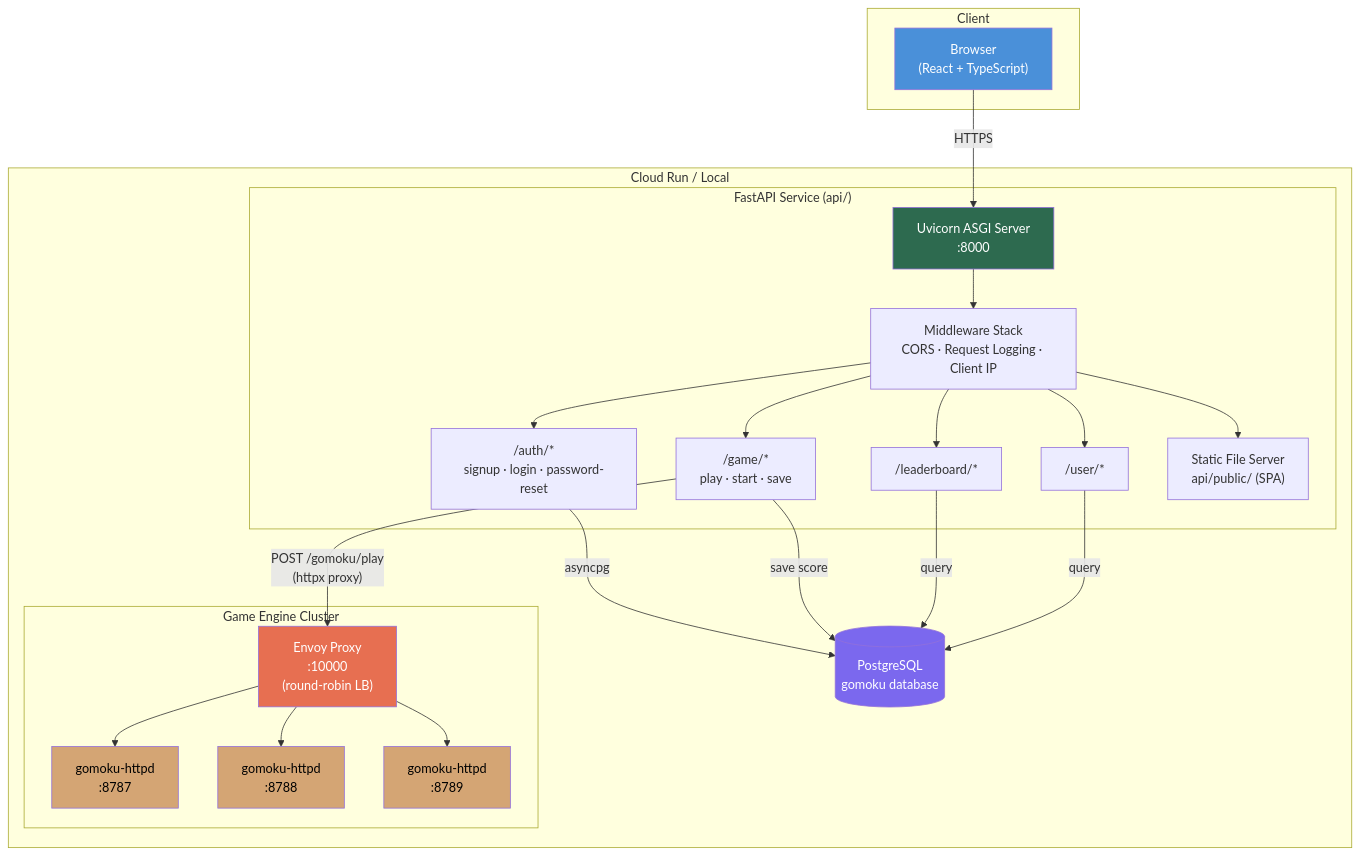
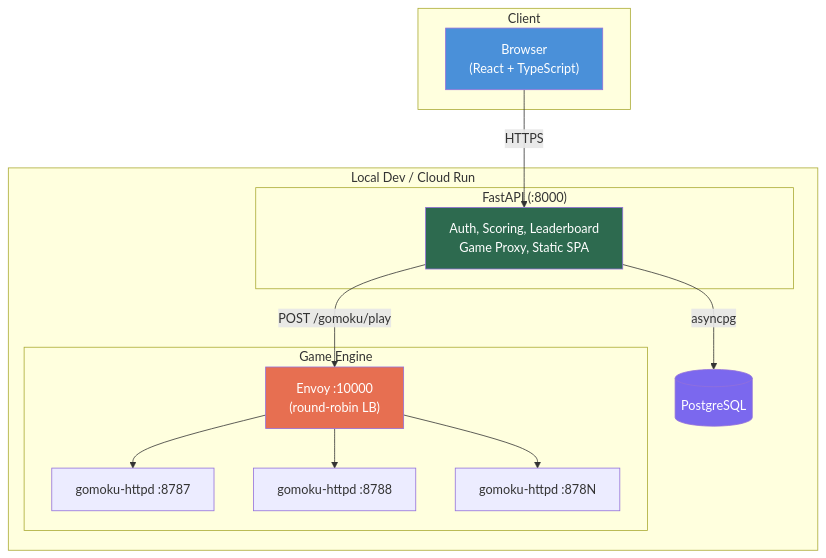
One commit to kigster/gomoku-ansi-c changed the diagram in README.md. Above: the diagram before and after it, drawn with Mermaid. The commit also changed other lines of this file and 13 other files, not shown here.

````diff
--- a/README.md
+++ b/README.md
@@ -236,46 +78,31 @@
 ```mermaid
 graph TB
     subgraph Client
         Browser["Browser<br/>(React + TypeScript)"]
     end
 
-    subgraph "Cloud Run / Local"
-        subgraph "FastAPI Service (api/)"
-            ASGI["Uvicorn ASGI Server<br/>:8000"]
-            MW["Middleware Stack<br/>CORS · Request Logging · Client IP"]
-            AuthRouter["/auth/*<br/>signup · login · password-reset"]
-            GameRouter["/game/*<br/>play · start · save"]
-            LeaderRouter["/leaderboard/*"]
-            UserRouter["/user/*"]
-            Static["Static File Server<br/>api/public/ (SPA)"]
+    subgraph "Local Dev / Cloud Run"
+        subgraph "FastAPI (:8000)"
+            API["Auth, Scoring, Leaderboard<br/>Game Proxy, Static SPA"]
         end
 
-        subgraph "Game Engine Cluster"
-            Envoy["Envoy Proxy<br/>:10000<br/>(round-robin LB)"]
-            HTTPD1["gomoku-httpd<br/>:8787"]
-            HTTPD2["gomoku-httpd<br/>:8788"]
-            HTTPD3["gomoku-httpd<br/>:8789"]
+        subgraph "Game Engine"
+            Envoy["Envoy :10000<br/>(round-robin LB)"]
+            W1["gomoku-httpd :8787"]
+            W2["gomoku-httpd :8788"]
+            WN["gomoku-httpd :878N"]
         end
 
-        PG[("PostgreSQL<br/>gomoku database")]
+        PG[("PostgreSQL")]
     end
 
-    Browser -->|"HTTPS"| ASGI
-    ASGI --> MW --> AuthRouter & GameRouter & LeaderRouter & UserRouter & Static
-
-    GameRouter -->|"POST /gomoku/play<br/>(httpx proxy)"| Envoy
-    Envoy --> HTTPD1 & HTTPD2 & HTTPD3
-
-    AuthRouter -->|"asyncpg"| PG
-    GameRouter -->|"save score"| PG
-    LeaderRouter -->|"query"| PG
-    UserRouter -->|"query"| PG
+    Browser -->|"HTTPS"| API
+    API -->|"POST /gomoku/play"| Envoy
+    Envoy --> W1 & W2 & WN
+    API -->|"asyncpg"| PG
 
     style Browser fill:#4A90D9,color:#fff
-    style ASGI fill:#2D6A4F,color:#fff
+    style API fill:#2D6A4F,color:#fff
     style Envoy fill:#E76F51,color:#fff
     style PG fill:#7B68EE,color:#fff
-    style HTTPD1 fill:#D4A574,color:#000
-    style HTTPD2 fill:#D4A574,color:#000
-    style HTTPD3 fill:#D4A574,color:#000
 ```
````
